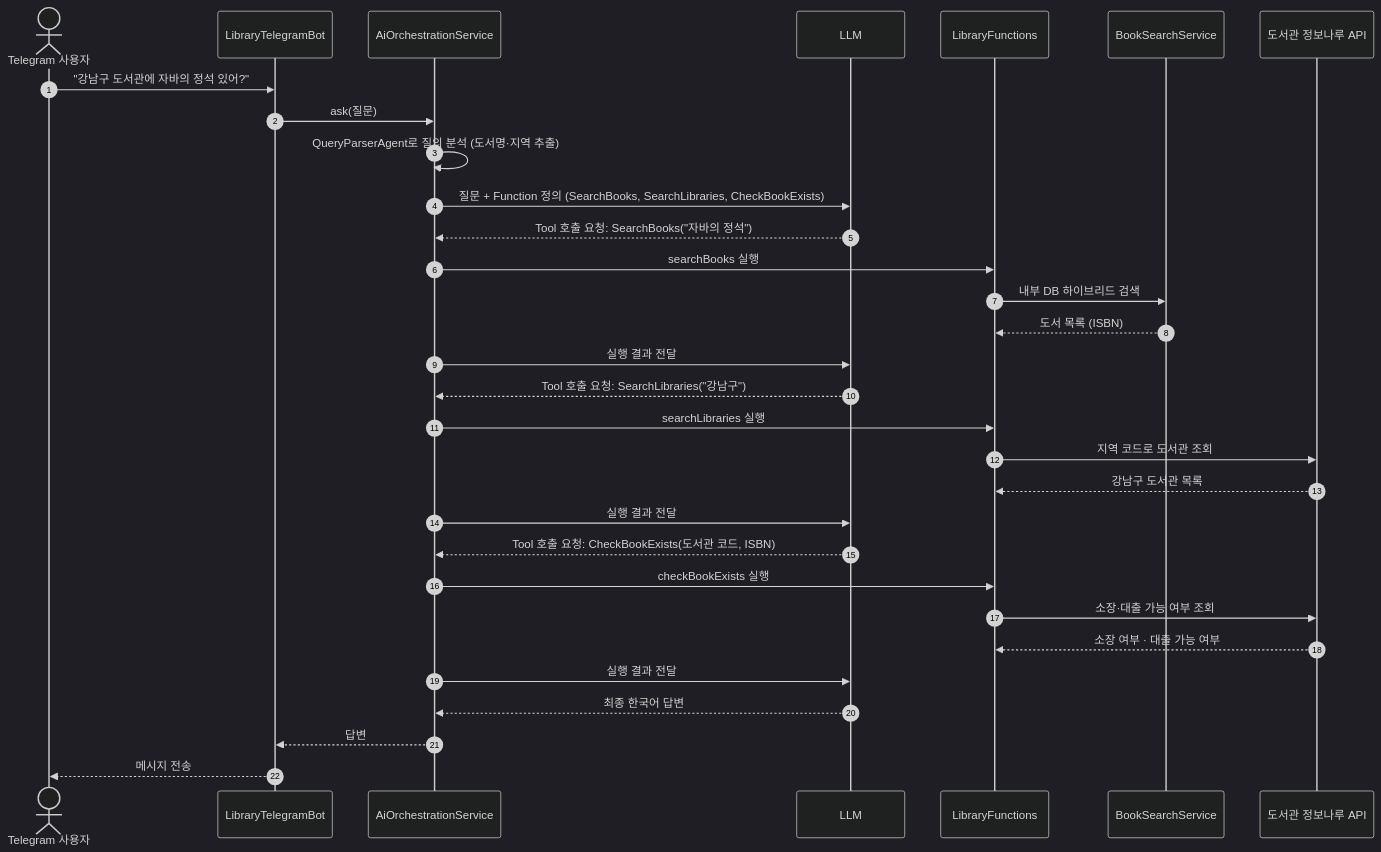
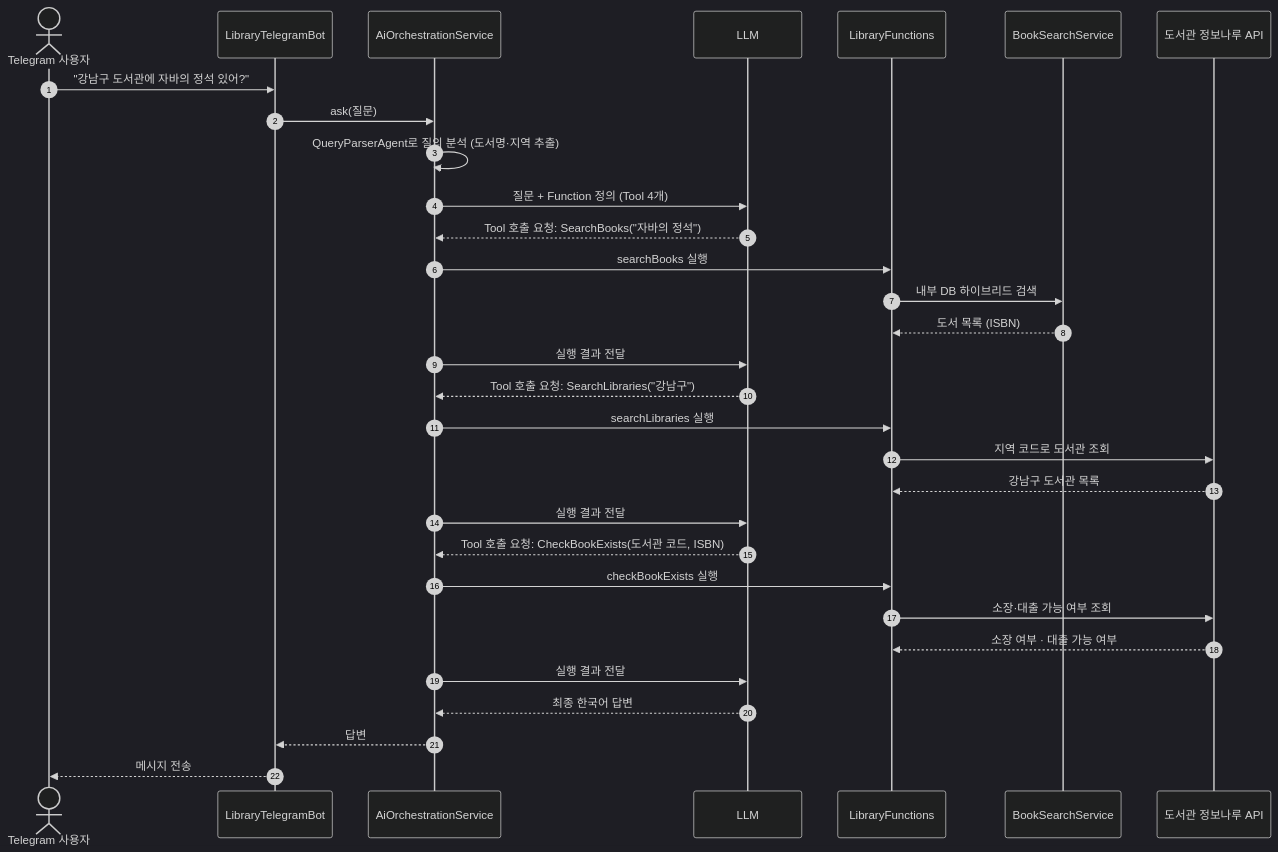
One commit to nhn-academy-marco/ai-library changed the third of 3 diagrams in README.md. Above: the diagram before and after it, drawn with Mermaid (dark theme). The commit also changed other lines of this file and 15 other files, not shown here.

````diff
--- a/README.md
+++ b/README.md
@@ -229,34 +179,34 @@
 ```mermaid
 sequenceDiagram
     autonumber
     actor U as Telegram 사용자
     participant B as LibraryTelegramBot
     participant O as AiOrchestrationService
     participant L as LLM
     participant F as LibraryFunctions
     participant S as BookSearchService
     participant N as 도서관 정보나루 API
 
     U->>B: "강남구 도서관에 자바의 정석 있어?"
     B->>O: ask(질문)
     O->>O: QueryParserAgent로 질의 분석 (도서명·지역 추출)
-    O->>L: 질문 + Function 정의 (SearchBooks, SearchLibraries, CheckBookExists)
+    O->>L: 질문 + Function 정의 (Tool 4개)
     L-->>O: Tool 호출 요청: SearchBooks("자바의 정석")
     O->>F: searchBooks 실행
     F->>S: 내부 DB 하이브리드 검색
     S-->>F: 도서 목록 (ISBN)
     O->>L: 실행 결과 전달
     L-->>O: Tool 호출 요청: SearchLibraries("강남구")
     O->>F: searchLibraries 실행
     F->>N: 지역 코드로 도서관 조회
     N-->>F: 강남구 도서관 목록
     O->>L: 실행 결과 전달
     L-->>O: Tool 호출 요청: CheckBookExists(도서관 코드, ISBN)
     O->>F: checkBookExists 실행
     F->>N: 소장·대출 가능 여부 조회
     N-->>F: 소장 여부 · 대출 가능 여부
     O->>L: 실행 결과 전달
     L-->>O: 최종 한국어 답변
     O-->>B: 답변
     B-->>U: 메시지 전송
 ```
````
